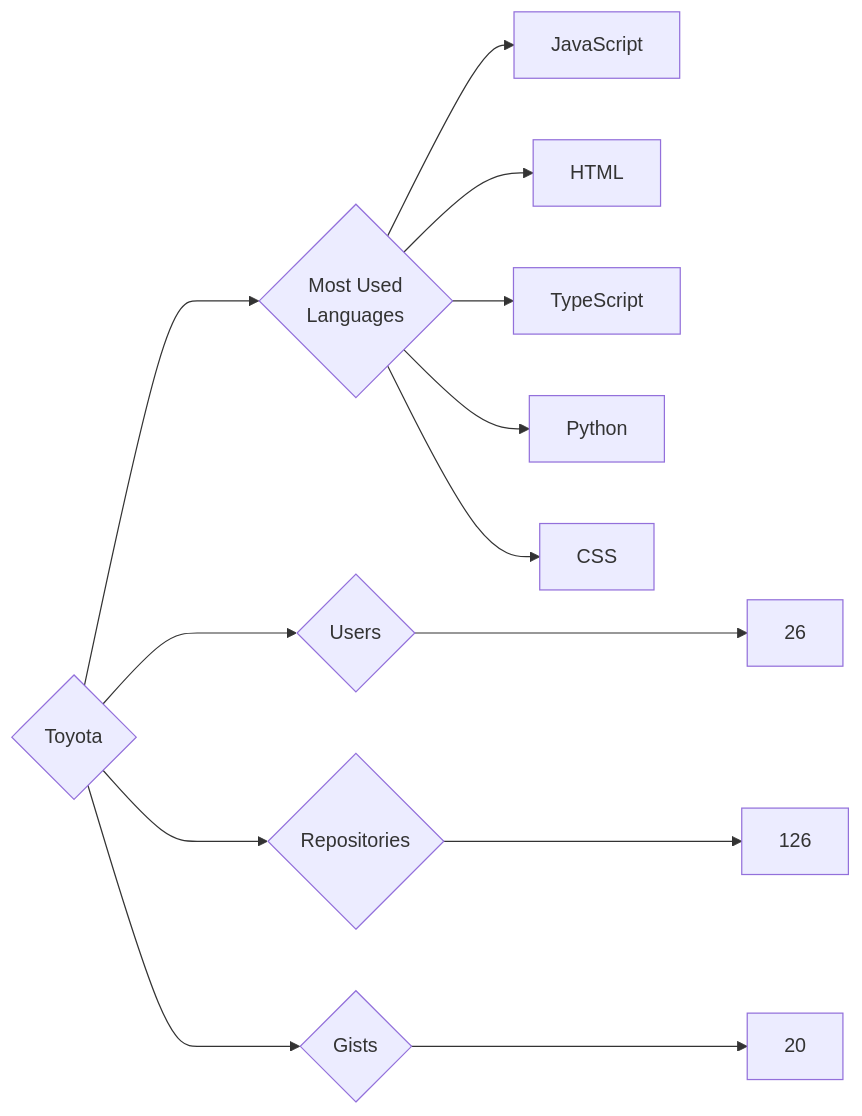
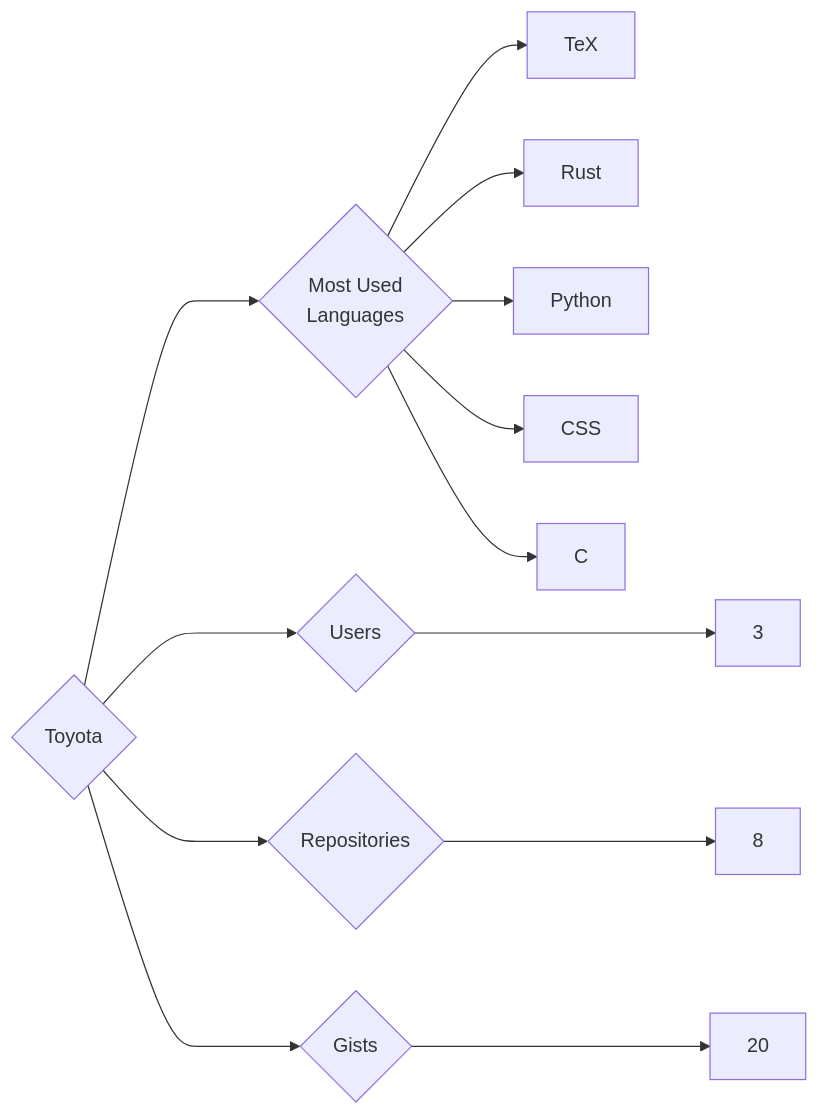
One commit to trickest/insiders changed the diagram in targets/Toyota/README.md. Above: the diagram before and after it, drawn with Mermaid. The commit also changed 928 other files, not shown here.

````diff
--- a/targets/Toyota/README.md
+++ b/targets/Toyota/README.md
@@ -3,13 +3,13 @@
 ```mermaid
 graph LR
 COMPANY_NAME{Toyota}
-COMPANY_NAME ---> U{Users} ---> UN[26]
-COMPANY_NAME ---> R{Repositories} ---> RN[126]
+COMPANY_NAME ---> U{Users} ---> UN[3]
+COMPANY_NAME ---> R{Repositories} ---> RN[8]
 COMPANY_NAME ---> G{Gists} ---> GN[20]
 COMPANY_NAME ---> ML{Most Used<br>Languages}
-ML --> JavaScript[JavaScript]
-ML --> HTML[HTML]
-ML --> TypeScript[TypeScript]
+ML --> TeX[TeX]
+ML --> Rust[Rust]
 ML --> Python[Python]
 ML --> CSS[CSS]
+ML --> C[C]
 ```
````
